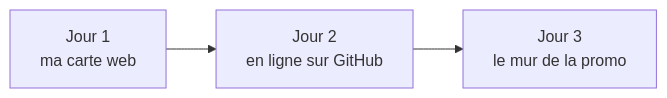
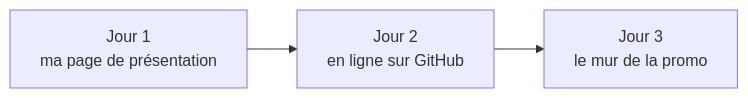
One commit to Selimmmm/attam-web-intro changed the second of 3 diagrams in accueil.md. Above: the diagram before and after it, drawn with Mermaid. The commit also changed other lines of this file and 6 other files, not shown here.

First line of the commit message:
Recadre le projet : page de présentation d'une appli

````diff
--- a/accueil.md
+++ b/accueil.md
@@ -28,5 +28,5 @@
 ```mermaid
 flowchart LR
-  J1[Jour 1<br/>ma carte web] --> J2[Jour 2<br/>en ligne sur GitHub]
+  J1[Jour 1<br/>ma page de présentation] --> J2[Jour 2<br/>en ligne sur GitHub]
   J2 --> J3[Jour 3<br/>le mur de la promo]
 ```
````
